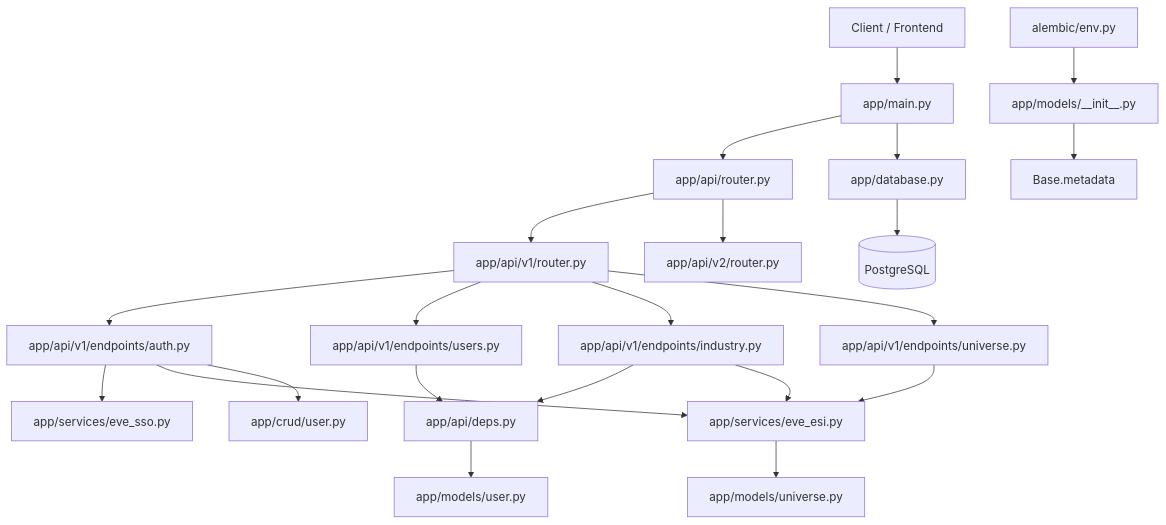
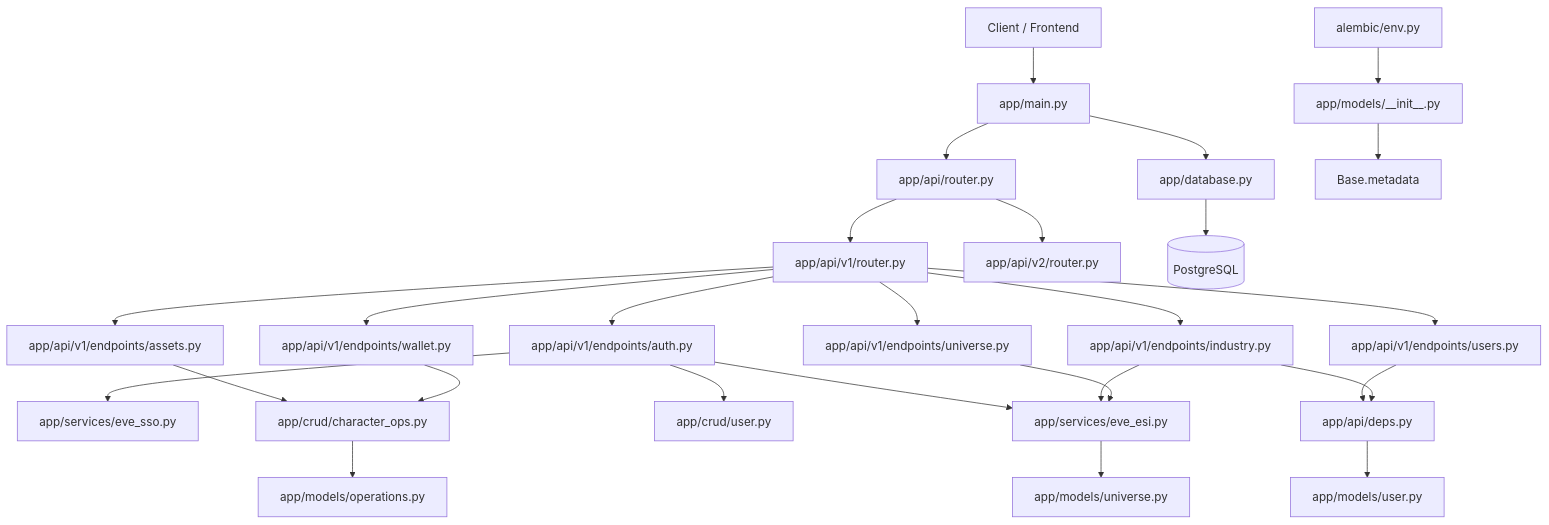
The diagram in eve-server/readme.md (AkaJianguo/eve_client), drawn with Mermaid before and after one commit. The commit also changed other lines of this file and 35 other files, not shown here.

First line of the commit message:
feat(wallet): implement wallet API endpoints for balance, journal, and transactions

````diff
--- a/eve-server/readme.md
+++ b/eve-server/readme.md
@@ -71,32 +78,37 @@
 ```mermaid
 flowchart TD
     Client[Client / Frontend] --> Main[app/main.py]
 
     Main --> ApiRouter[app/api/router.py]
     Main --> Database[app/database.py]
 
     ApiRouter --> V1Router[app/api/v1/router.py]
     ApiRouter --> V2Router[app/api/v2/router.py]
 
+    V1Router --> Assets[app/api/v1/endpoints/assets.py]
     V1Router --> Auth[app/api/v1/endpoints/auth.py]
     V1Router --> Users[app/api/v1/endpoints/users.py]
     V1Router --> Industry[app/api/v1/endpoints/industry.py]
     V1Router --> Universe[app/api/v1/endpoints/universe.py]
+    V1Router --> Wallet[app/api/v1/endpoints/wallet.py]
 
     Auth --> SSO[app/services/eve_sso.py]
     Auth --> ESI[app/services/eve_esi.py]
     Auth --> UserCrud[app/crud/user.py]
+    Assets --> OpsCrud[app/crud/character_ops.py]
+    Wallet --> OpsCrud
 
     Users --> Deps[app/api/deps.py]
     Deps --> UserModel[app/models/user.py]
 
     Industry --> Deps
     Industry --> ESI
     Universe --> ESI
     ESI --> UniverseModel[app/models/universe.py]
+    OpsCrud --> OpsModel[app/models/operations.py]
 
     Database --> Postgres[(PostgreSQL)]
 
     Alembic[alembic/env.py] --> ModelsInit[app/models/__init__.py]
     ModelsInit --> Metadata[Base.metadata]
 ```
````
